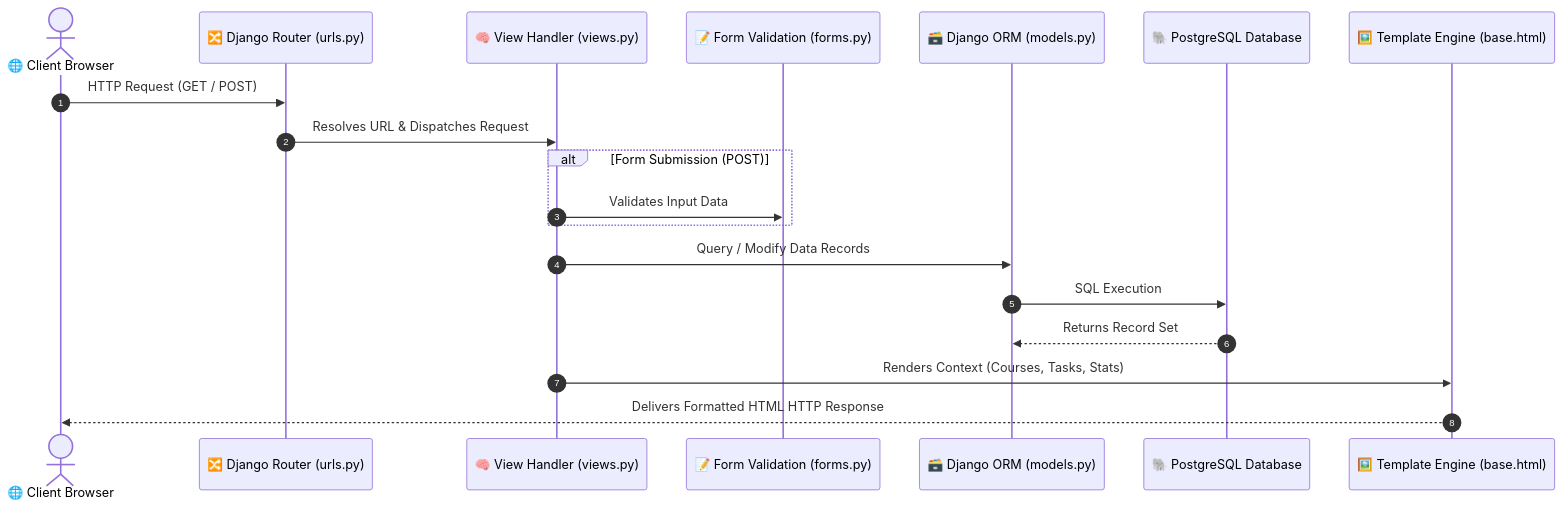
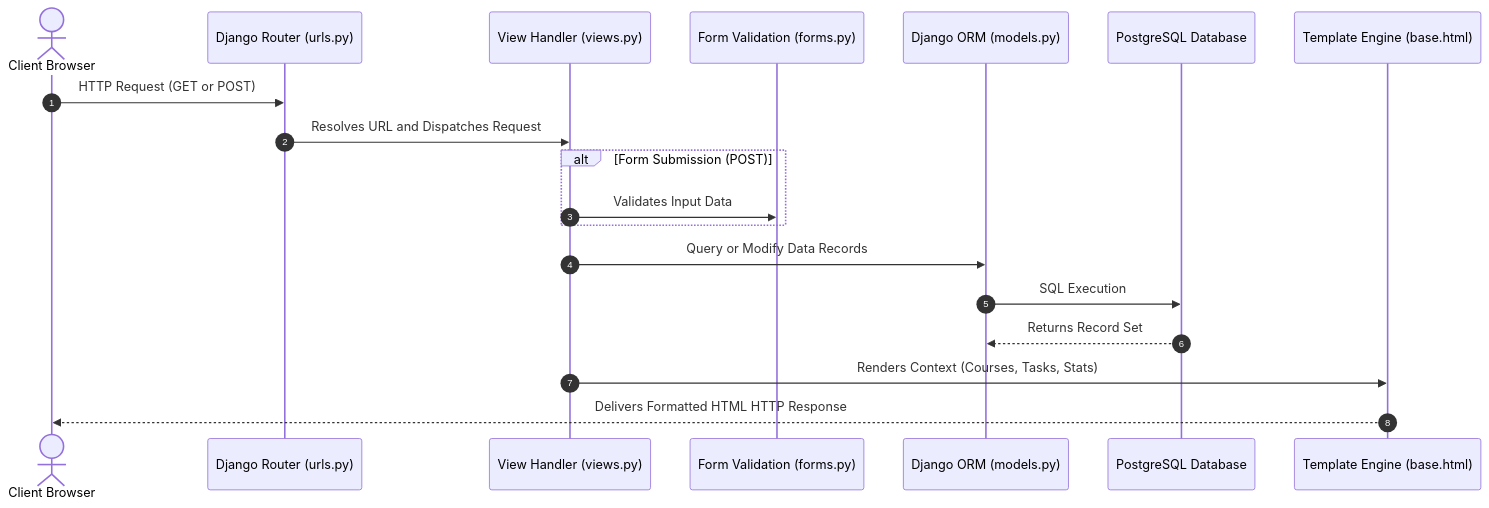
One commit to foysalpranto121/Course_Tracker changed the second of 2 diagrams in README.md. Above: the diagram before and after it, drawn with Mermaid. The commit also changed other lines of this file, not shown here.

Commit message:
updated readme file

````diff
--- a/README.md
+++ b/README.md
@@ -66,22 +68,22 @@
 ```mermaid
 sequenceDiagram
     autonumber
-    actor User as 🌐 Client Browser
-    participant Router as 🔀 Django Router (urls.py)
-    participant View as 🧠 View Handler (views.py)
-    participant Form as 📝 Form Validation (forms.py)
-    participant Model as 🗃️ Django ORM (models.py)
-    participant DB as 🐘 PostgreSQL Database
-    participant Template as 🖼️ Template Engine (base.html)
+    actor User as Client Browser
+    participant Router as Django Router (urls.py)
+    participant View as View Handler (views.py)
+    participant Form as Form Validation (forms.py)
+    participant Model as Django ORM (models.py)
+    participant DB as PostgreSQL Database
+    participant Template as Template Engine (base.html)
 
-    User->>Router: HTTP Request (GET / POST)
-    Router->>View: Resolves URL & Dispatches Request
+    User->>Router: HTTP Request (GET or POST)
+    Router->>View: Resolves URL and Dispatches Request
     alt Form Submission (POST)
         View->>Form: Validates Input Data
     end
-    View->>Model: Query / Modify Data Records
+    View->>Model: Query or Modify Data Records
     Model->>DB: SQL Execution
     DB-->>Model: Returns Record Set
     View->>Template: Renders Context (Courses, Tasks, Stats)
     Template-->>User: Delivers Formatted HTML HTTP Response
 ```
````
